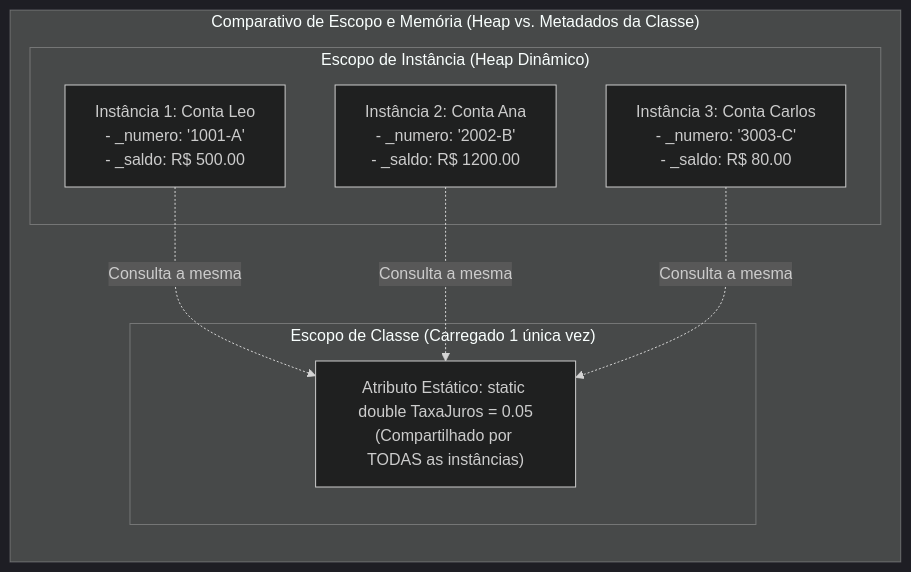
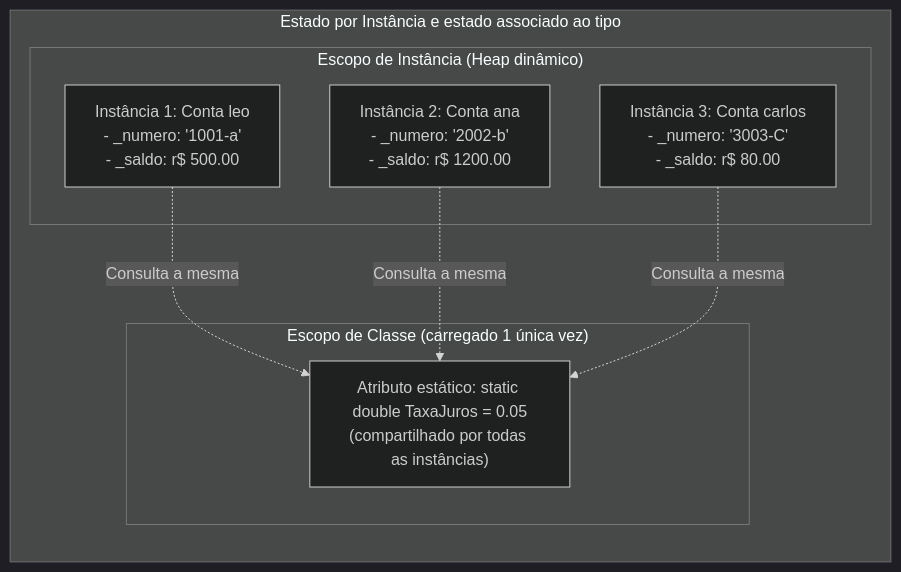
The first of 7 diagrams in 01. Programacao Modular/09. Atributos estáticos e propriedades (compartilhamento de estado e encapsulamento).md (leorruas/puc), drawn with Mermaid (dark theme) before and after one commit. The commit also changed other lines of this file and 10 other files, not shown here.

````diff
--- a/01. Programacao Modular/09. Atributos estáticos e propriedades (compartilhamento de estado e encapsulamento).md
+++ b/01. Programacao Modular/09. Atributos estáticos e propriedades (compartilhamento de estado e encapsulamento).md
@@ -36,19 +44,19 @@
 ```mermaid
 flowchart TD
-    subgraph Memoria ["Comparativo de Escopo e Memória (Heap vs. Metadados da Classe)"]
+    subgraph Memoria ["Estado por Instância e estado associado ao tipo"]
         direction TB
-        subgraph ClasseArea ["Escopo de Classe (Carregado 1 única vez)"]
-            StaticField["Atributo Estático: static double TaxaJuros = 0.05<br>(Compartilhado por TODAS as instâncias)"]
+        subgraph ClasseArea ["Escopo de Classe (carregado 1 única vez)"]
+            StaticField["Atributo estático: static double TaxaJuros = 0.05<br>(compartilhado por todas as instâncias)"]
         end
 
-        subgraph InstanciasHeap ["Escopo de Instância (Heap Dinâmico)"]
-            Inst1["Instância 1: Conta Leo<br>- _numero: '1001-A'<br>- _saldo: R$ 500.00"]
-            Inst2["Instância 2: Conta Ana<br>- _numero: '2002-B'<br>- _saldo: R$ 1200.00"]
-            Inst3["Instância 3: Conta Carlos<br>- _numero: '3003-C'<br>- _saldo: R$ 80.00"]
+        subgraph InstanciasHeap ["Escopo de Instância (Heap dinâmico)"]
+            Inst1["Instância 1: Conta leo<br>- _numero: '1001-a'<br>- _saldo: r$ 500.00"]
+            Inst2["Instância 2: Conta ana<br>- _numero: '2002-b'<br>- _saldo: r$ 1200.00"]
+            Inst3["Instância 3: Conta carlos<br>- _numero: '3003-C'<br>- _saldo: r$ 80.00"]
         end
 
         Inst1 -.->|Consulta a mesma| StaticField
         Inst2 -.->|Consulta a mesma| StaticField
         Inst3 -.->|Consulta a mesma| StaticField
     end
 ```
````
